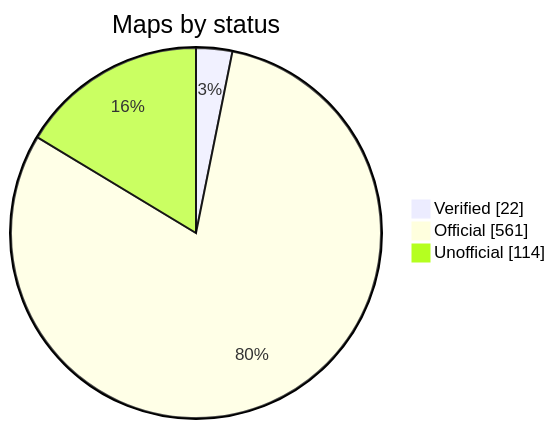
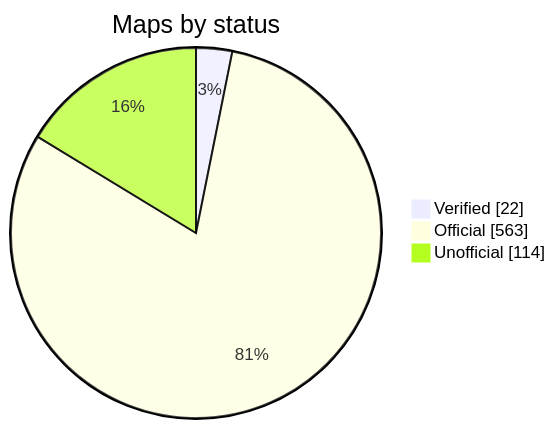
One commit to nobrega8/mbmap-library changed the diagram in README.md. Above: the diagram before and after it, drawn with Mermaid. The commit also changed 7 other files, not shown here.

````diff
--- a/README.md
+++ b/README.md
@@ -52,7 +52,7 @@
 ```mermaid
 pie showData
     title Maps by status
     "Verified" : 22
-    "Official" : 561
+    "Official" : 563
     "Unofficial" : 114
 ```
````
